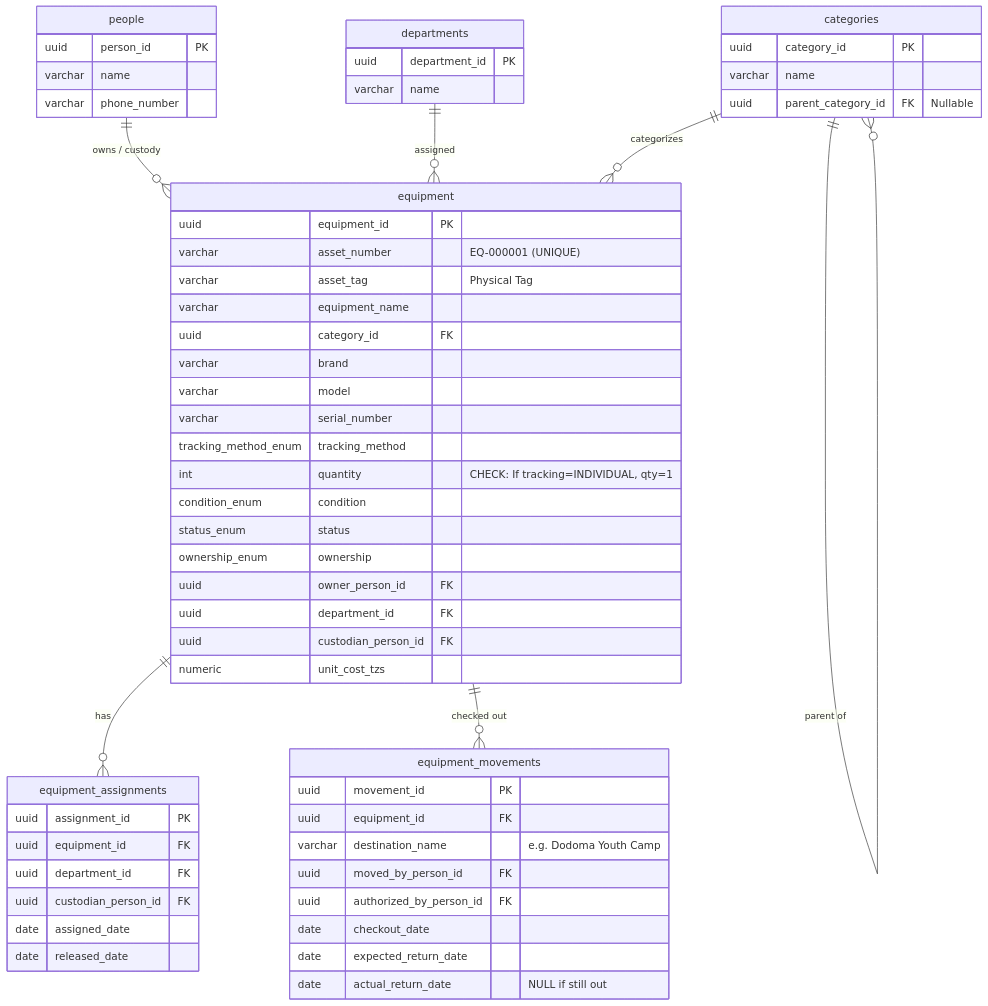
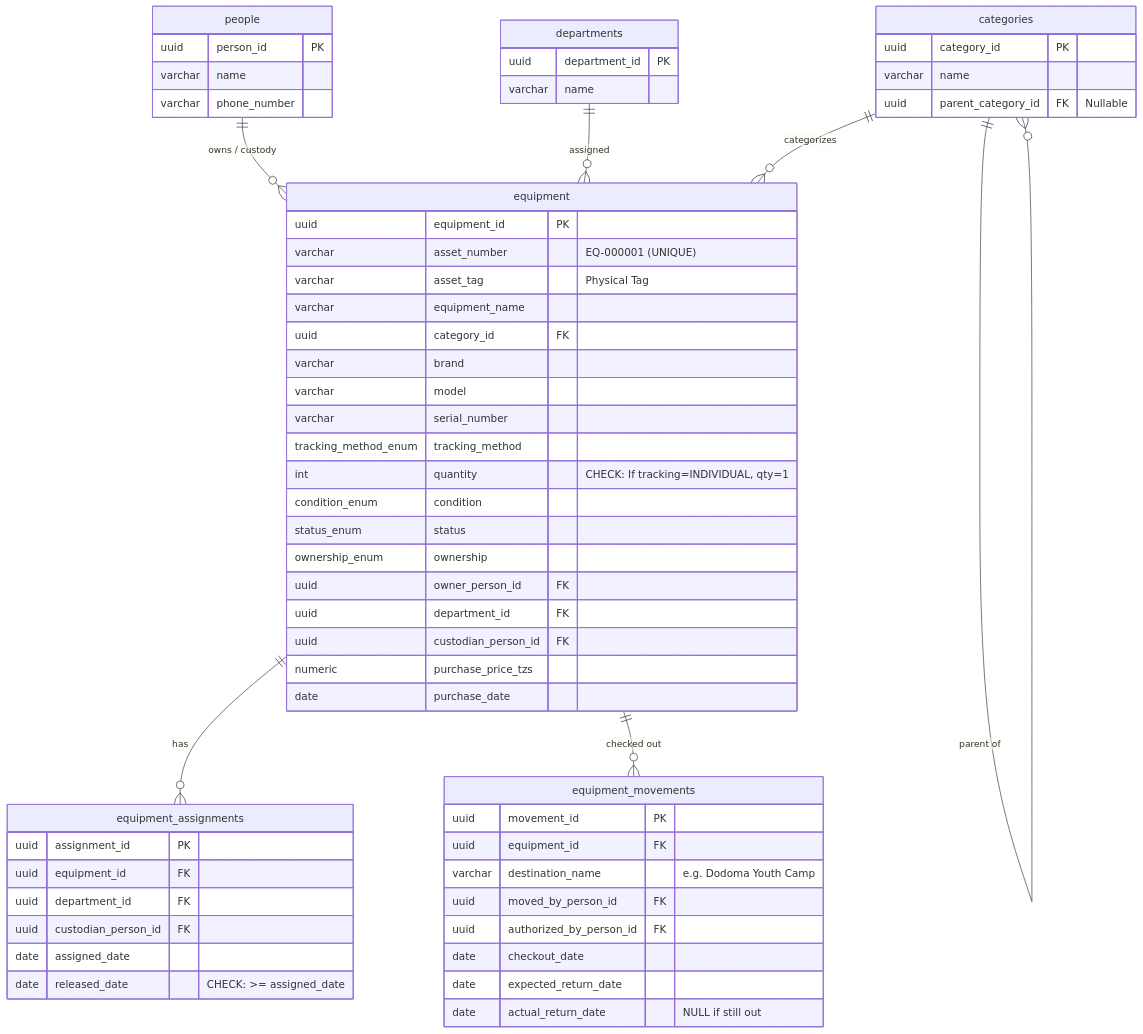
The diagram in docs/er-model.md (mirukibs/church-inventory-database), drawn with Mermaid before and after one commit. The commit also changed 1 other file, not shown here.

Commit message:
docs: Sync ER diagram and domain model with CAG KCM updates

````diff
--- a/docs/er-model.md
+++ b/docs/er-model.md
@@ -7,67 +7,68 @@
 ```mermaid
 erDiagram
     people {
         uuid person_id PK
         varchar name
         varchar phone_number
     }
 
     departments {
         uuid department_id PK
         varchar name
     }
 
     categories {
         uuid category_id PK
         varchar name
         uuid parent_category_id FK "Nullable"
     }
 
     equipment {
         uuid equipment_id PK
         varchar asset_number "EQ-000001 (UNIQUE)"
         varchar asset_tag "Physical Tag"
         varchar equipment_name
         uuid category_id FK
         varchar brand
         varchar model
         varchar serial_number
         tracking_method_enum tracking_method
         int quantity "CHECK: If tracking=INDIVIDUAL, qty=1"
         condition_enum condition
         status_enum status
         ownership_enum ownership
         uuid owner_person_id FK
         uuid department_id FK
         uuid custodian_person_id FK
-        numeric unit_cost_tzs
+        numeric purchase_price_tzs
+        date purchase_date
     }
 
     equipment_assignments {
         uuid assignment_id PK
         uuid equipment_id FK
         uuid department_id FK
         uuid custodian_person_id FK
         date assigned_date
-        date released_date
+        date released_date "CHECK: >= assigned_date"
     }
 
     equipment_movements {
         uuid movement_id PK
         uuid equipment_id FK
         varchar destination_name "e.g. Dodoma Youth Camp"
         uuid moved_by_person_id FK
         uuid authorized_by_person_id FK
         date checkout_date
         date expected_return_date
         date actual_return_date "NULL if still out"
     }
 
     %% Relationships
     people ||--o{ equipment : "owns / custody"
     departments ||--o{ equipment : "assigned"
     categories ||--o{ categories : "parent of"
     categories ||--o{ equipment : "categorizes"
     equipment ||--o{ equipment_assignments : "has"
     equipment ||--o{ equipment_movements : "checked out"
 ```
````
